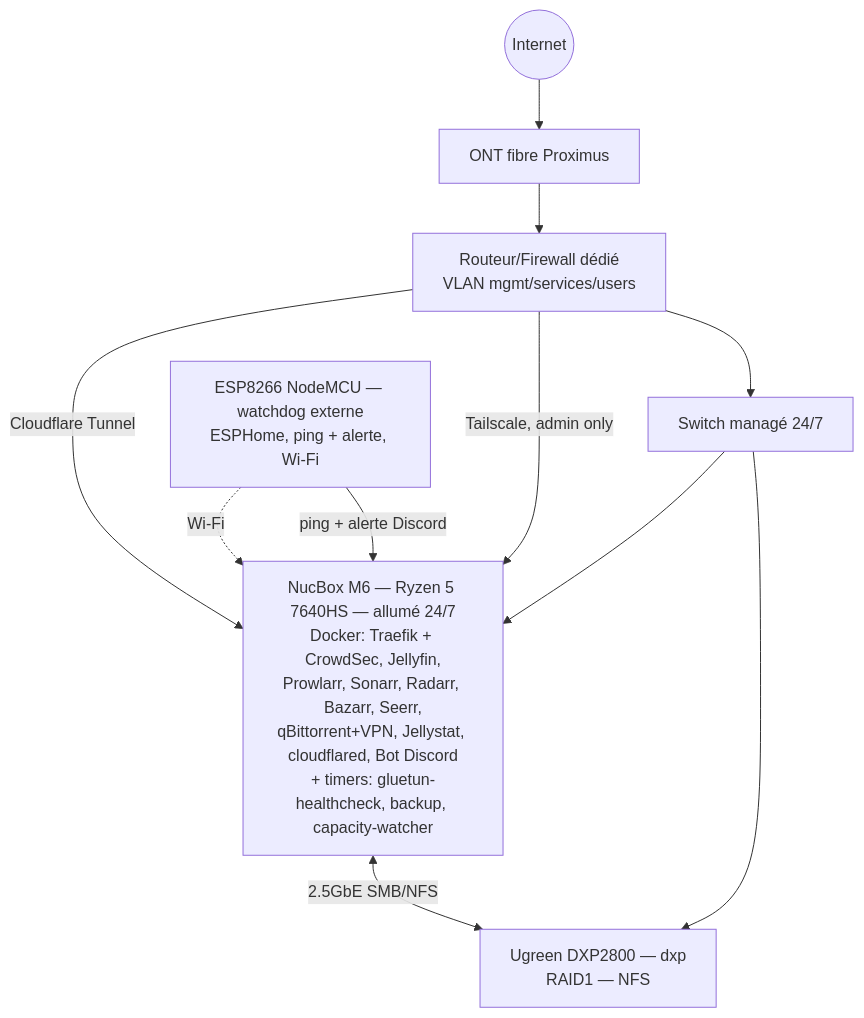
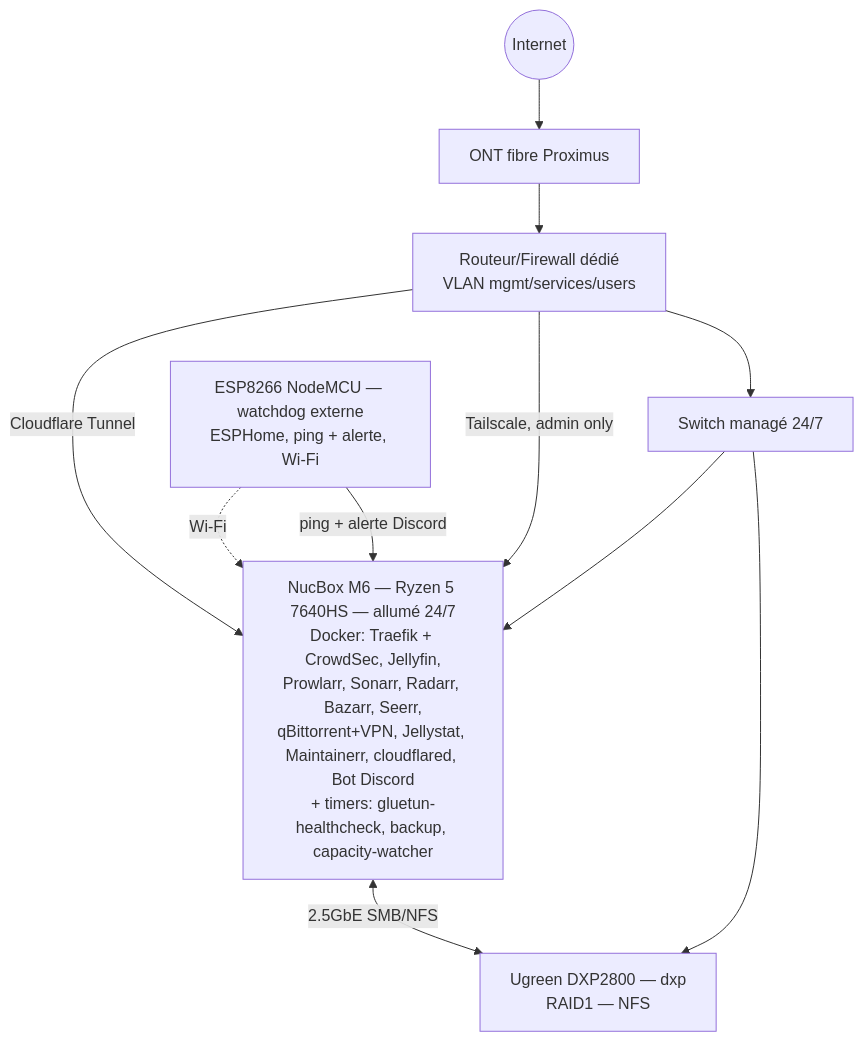
Before and after one commit to rvph10/blackbox: the diagram in README.md, drawn with Mermaid. The commit also changed other lines of this file and 4 other files, not shown here.

````diff
--- a/README.md
+++ b/README.md
@@ -84,20 +91,20 @@
 ```mermaid
 flowchart TD
     Internet((Internet))
     ONT[ONT fibre Proximus]
     RTR[Routeur/Firewall dédié\nVLAN mgmt/services/users]
     SW[Switch managé 24/7]
-    NUC[NucBox M6 — Ryzen 5 7640HS — allumé 24/7\nDocker: Traefik + CrowdSec, Jellyfin,\nProwlarr, Sonarr, Radarr, Bazarr, Seerr,\nqBittorrent+VPN, Jellystat, cloudflared, Bot Discord\n+ timers: gluetun-healthcheck, backup, capacity-watcher]
+    NUC[NucBox M6 — Ryzen 5 7640HS — allumé 24/7\nDocker: Traefik + CrowdSec, Jellyfin,\nProwlarr, Sonarr, Radarr, Bazarr, Seerr,\nqBittorrent+VPN, Jellystat, Maintainerr, cloudflared, Bot Discord\n+ timers: gluetun-healthcheck, backup, capacity-watcher]
     NAS[Ugreen DXP2800 — dxp\nRAID1 — NFS]
     ESP8266[ESP8266 NodeMCU — watchdog externe\nESPHome, ping + alerte, Wi-Fi]
 
     Internet --> ONT --> RTR
     RTR -- Cloudflare Tunnel --> NUC
     RTR -- Tailscale, admin only --> NUC
     RTR --> SW
     SW --> NUC
     SW --> NAS
     ESP8266 -. Wi-Fi .-> NUC
     NUC <-- 2.5GbE SMB/NFS --> NAS
     ESP8266 -- ping + alerte Discord --> NUC
 ```
````
